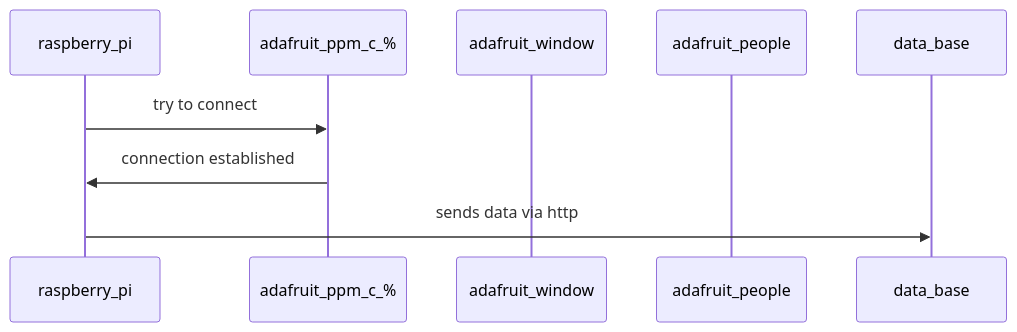
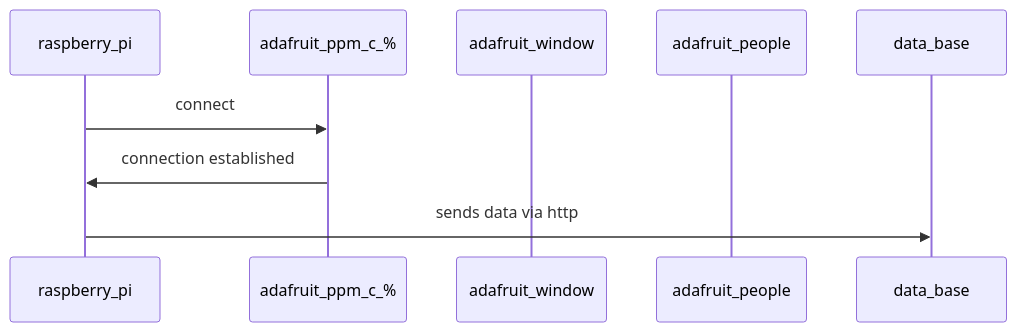
One commit to nicolarohner1337/smartclassroom changed the diagram in abgabe_bericht/software_module_sequenzdiagramme/mainUnit.md. Above: the diagram before and after it, drawn with Mermaid.

````diff
--- a/abgabe_bericht/software_module_sequenzdiagramme/mainUnit.md
+++ b/abgabe_bericht/software_module_sequenzdiagramme/mainUnit.md
@@ -2,11 +2,11 @@
 ```mermaid
 sequenceDiagram
     participant raspberry_pi
     participant adafruit_ppm_c_%
     participant adafruit_window
     participant adafruit_people
     participant data_base
-    raspberry_pi->>adafruit_ppm_c_%: try to connect
+    raspberry_pi->>adafruit_ppm_c_%: connect
     adafruit_ppm_c_%->>raspberry_pi: connection established
     raspberry_pi->>data_base: sends data via http
 ```
````
